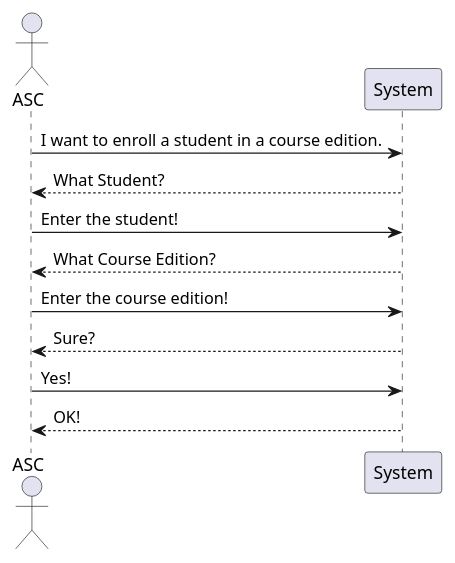
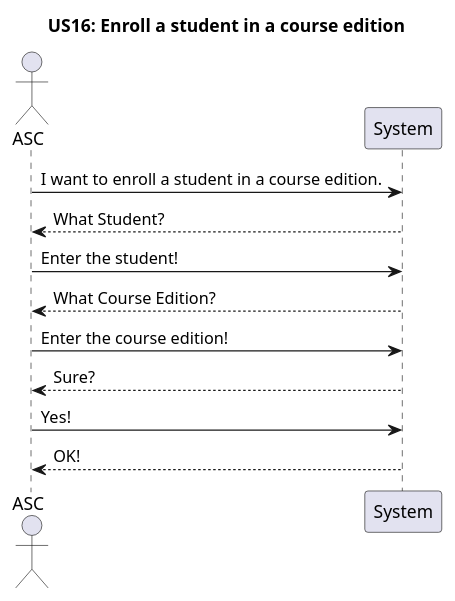
Before and after one commit to GasparISEP/DevOps-PAI: the diagram in docs/sequenceDiagrams/US16/US16-SSD.puml, drawn with PlantUML.

Commit message:
updating US16 System Diagram

```diff
--- a/docs/sequenceDiagrams/US16/US16-SSD.puml
+++ b/docs/sequenceDiagrams/US16/US16-SSD.puml
@@ -1,16 +1,16 @@
 @startuml
-'https://plantuml.com/sequence-diagram
+title US16: Enroll a student in a course edition
 
 actor ASC
 
 ASC -> System: I want to enroll a student in a course edition.
 System --> ASC: What Student?
 ASC -> System: Enter the student!
 System --> ASC: What Course Edition?
 ASC -> System: Enter the course edition!
 System --> ASC: Sure?
 ASC -> System: Yes!
 System --> ASC: OK!
 
 
 @enduml
```
